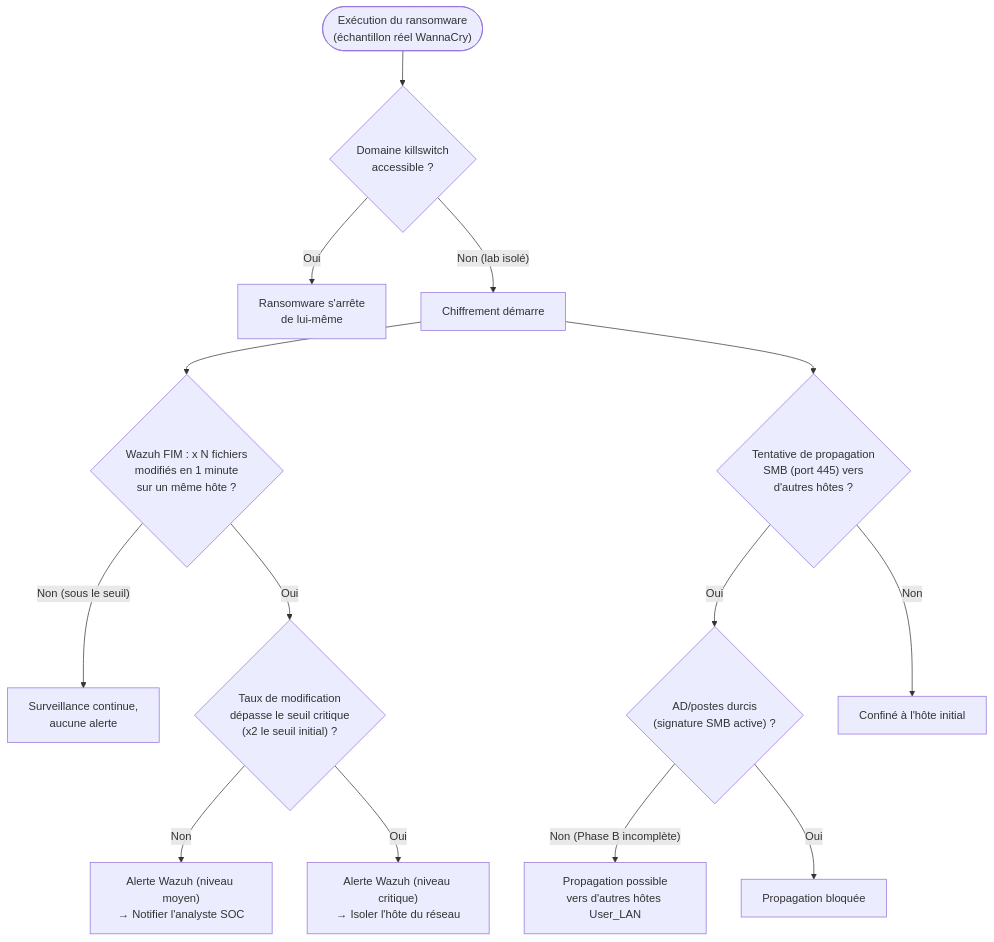
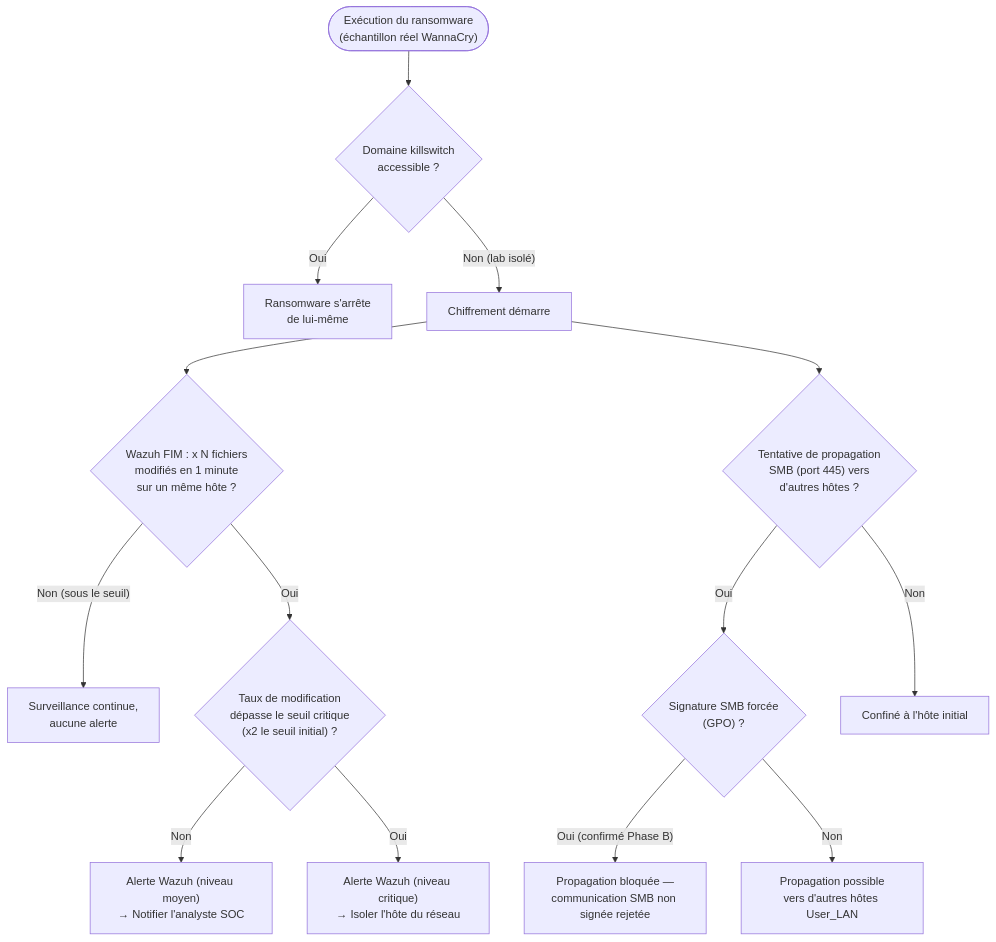
The diagram in threat-model-03-wannacry.md (ahmedargoubi/soc-lab-repo), drawn with Mermaid before and after one commit. The commit also changed other lines of this file, not shown here.

````diff
--- a/threat-model-03-wannacry.md
+++ b/threat-model-03-wannacry.md
@@ -5,19 +5,19 @@
 ```mermaid
 flowchart TD
     A(["Exécution du ransomware\n(échantillon réel WannaCry)"]) --> B{"Domaine killswitch\naccessible ?"}
     B -- "Oui" --> C["Ransomware s'arrête\nde lui-même"]
     B -- "Non (lab isolé)" --> D["Chiffrement démarre"]
 
     D --> E{"Wazuh FIM : x N fichiers\nmodifiés en 1 minute\nsur un même hôte ?"}
     E -- "Non (sous le seuil)" --> F["Surveillance continue,\naucune alerte"]
 
     E -- "Oui" --> G{"Taux de modification\ndépasse le seuil critique\n(x2 le seuil initial) ?"}
     G -- "Non" --> H["Alerte Wazuh (niveau moyen)\n→ Notifier l'analyste SOC"]
     G -- "Oui" --> I["Alerte Wazuh (niveau critique)\n→ Isoler l'hôte du réseau"]
 
     D --> J{"Tentative de propagation\nSMB (port 445) vers\nd'autres hôtes ?"}
-    J -- "Oui" --> K{"AD/postes durcis\n(signature SMB active) ?"}
-    K -- "Non (Phase B incomplète)" --> L["Propagation possible\nvers d'autres hôtes User_LAN"]
-    K -- "Oui" --> M["Propagation bloquée"]
+    J -- "Oui" --> K{"Signature SMB forcée\n(GPO) ?"}
+    K -- "Oui (confirmé Phase B)" --> M["Propagation bloquée —\ncommunication SMB non signée rejetée"]
+    K -- "Non" --> L["Propagation possible\nvers d'autres hôtes User_LAN"]
     J -- "Non" --> N["Confiné à l'hôte initial"]
 ```
````
